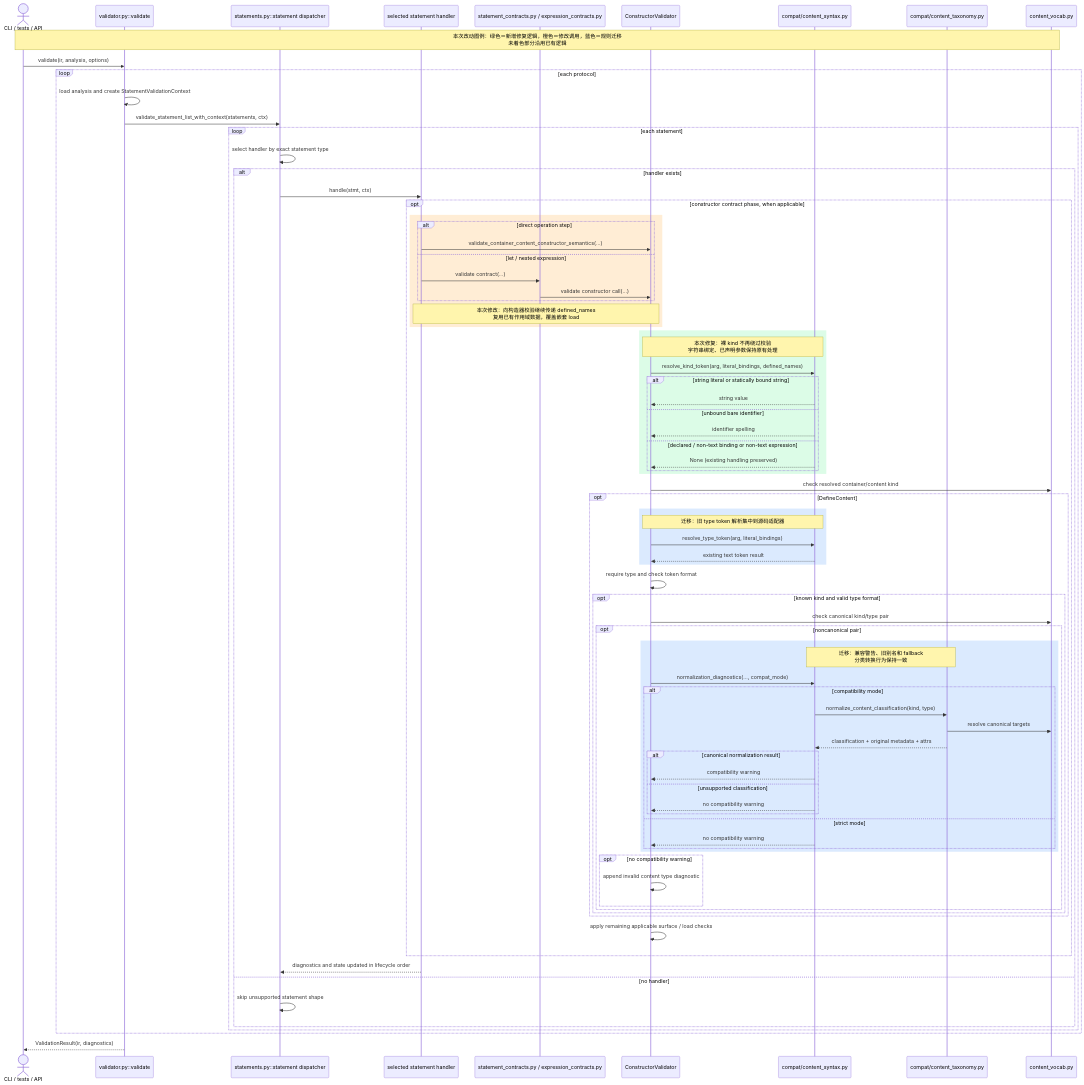
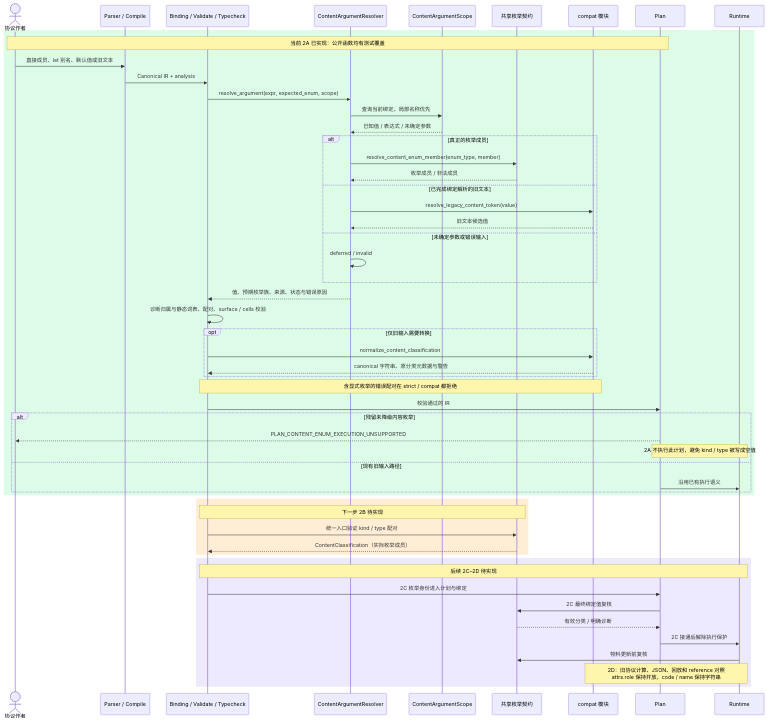
Before and after one commit to culsma/culsma: the second of 3 diagrams in docs/architecture/pipeline/validate_module_diagrams.md, drawn with Mermaid. The commit also changed other lines of this file and 19 other files, not shown here.

Commit message:
feat: resolve explicit content enums in frontend validation

````diff
--- a/docs/architecture/pipeline/validate_module_diagrams.md
+++ b/docs/architecture/pipeline/validate_module_diagrams.md
@@ -53,86 +49,59 @@
 ```mermaid
 sequenceDiagram
-actor Caller as CLI / tests / API
-participant V as validator.py::validate
-participant S as statements.py::statement dispatcher
-participant H as selected statement handler
-participant Contracts as statement_contracts.py / expression_contracts.py
-participant C as ConstructorValidator
-participant Syntax as compat/content_syntax.py
-participant Taxonomy as compat/content_taxonomy.py
-participant Vocab as content_vocab.py
+    actor Author as 协议作者
+    participant Frontend as Parser / Compile
+    participant Check as Binding / Validate / Typecheck
+    participant Resolver as ContentArgumentResolver
+    participant Scope as ContentArgumentScope
+    participant Shared as 共享枚举契约
+    participant Legacy as compat 模块
+    participant Plan as Plan
+    participant Runtime as Runtime
 
-Note over Caller, Vocab: 本次改动图例：绿色＝新增修复逻辑，橙色＝修改调用，蓝色＝规则迁移<br/>未着色部分沿用已有逻辑
-
-Caller ->> V : validate(ir, analysis, options)
-loop each protocol
-    V ->> V : load analysis and create StatementValidationContext
-    V ->> S : validate_statement_list_with_context(statements, ctx)
-    loop each statement
-        S ->> S : select handler by exact statement type
-        alt handler exists
-            S ->> H : handle(stmt, ctx)
-            opt constructor contract phase, when applicable
-                rect rgb(255, 237, 213)
-                alt direct operation step
-                    H ->> C : validate_container_content_constructor_semantics(...)
-                else let / nested expression
-                    H ->> Contracts : validate contract(...)
-                    Contracts ->> C : validate constructor call(...)
-                end
-                Note over H, C: 本次修改：向构造器校验继续传递 defined_names<br/>复用已有作用域数据，覆盖嵌套 load
-                end
-                rect rgb(220, 252, 231)
-                Note over C, Syntax: 本次修复：裸 kind 不再绕过校验<br/>字符串绑定、已声明参数保持原有处理
-                C ->> Syntax : resolve_kind_token(arg, literal_bindings, defined_names)
-                alt string literal or statically bound string
-                    Syntax -->> C : string value
-                else unbound bare identifier
-                    Syntax -->> C : identifier spelling
-                else declared / non-text binding or non-text expression
-                    Syntax -->> C : None (existing handling preserved)
-                end
-                end
-                C ->> Vocab : check resolved container/content kind
-                opt DefineContent
-                    rect rgb(219, 234, 254)
-                    Note over C, Syntax: 迁移：旧 type token 解析集中到源码适配器
-                    C ->> Syntax : resolve_type_token(arg, literal_bindings)
-                    Syntax -->> C : existing text token result
-                    end
-                    C ->> C : require type and check token format
-                    opt known kind and valid type format
-                        C ->> Vocab : check canonical kind/type pair
-                        opt noncanonical pair
-                            rect rgb(219, 234, 254)
-                            Note over Syntax, Taxonomy: 迁移：兼容警告、旧别名和 fallback<br/>分类转换行为保持一致
-                            C ->> Syntax : normalization_diagnostics(..., compat_mode)
-                            alt compatibility mode
-                                Syntax ->> Taxonomy : normalize_content_classification(kind, type)
-                                Taxonomy ->> Vocab : resolve canonical targets
-                                Taxonomy -->> Syntax : classification + original metadata + attrs
-                                alt canonical normalization result
-                                    Syntax -->> C : compatibility warning
-                                else unsupported classification
-                                    Syntax -->> C : no compatibility warning
-                                end
-                            else strict mode
-                                Syntax -->> C : no compatibility warning
-                            end
-                            end
-                            opt no compatibility warning
-                                C ->> C : append invalid content type diagnostic
-                            end
-                        end
-                    end
-                end
-                C ->> C : apply remaining applicable surface / load checks
-            end
-            H -->> S : diagnostics and state updated in lifecycle order
-        else no handler
-            S ->> S : skip unsupported statement shape
+    rect rgb(220, 252, 231)
+        Note over Author, Plan: 当前 2A 已实现：公开函数均有测试覆盖
+        Author->>Frontend: 直接成员、let 别名、默认值或旧文本
+        Frontend->>Check: Canonical IR + analysis
+        Check->>Resolver: resolve_argument(expr, expected_enum, scope)
+        Resolver->>Scope: 查询当前绑定，局部名称优先
+        Scope-->>Resolver: 已知值 / 表达式 / 未确定参数
+        alt 真正的枚举成员
+            Resolver->>Shared: resolve_content_enum_member(enum_type, member)
+            Shared-->>Resolver: 枚举成员 / 非法成员
+        else 已完成绑定解析的旧文本
+            Resolver->>Legacy: resolve_legacy_content_token(value)
+            Legacy-->>Resolver: 旧文本候选值
+        else 未确定参数或错误输入
+            Resolver->>Resolver: deferred / invalid
+        end
+        Resolver-->>Check: 值、预期枚举族、来源、状态与错误原因
+        Check->>Check: 诊断归属与静态词表、配对、surface / cells 校验
+        opt 仅旧输入需要转换
+            Check->>Legacy: normalize_content_classification
+            Legacy-->>Check: canonical 字符串、原分类元数据与警告
+        end
+        Note over Check, Legacy: 含显式枚举的错误配对在 strict / compat 都拒绝
+        Check->>Plan: 校验通过的 IR
+        alt 残留未降级内容枚举
+            Plan-->>Author: PLAN_CONTENT_ENUM_EXECUTION_UNSUPPORTED
+            Note over Plan, Runtime: 2A 不执行此计划，避免 kind / type 被写成空值
+        else 现有旧输入路径
+            Plan->>Runtime: 沿用已有执行语义
         end
     end
-end
-V -->> Caller : ValidationResult(ir, diagnostics)
+
+    rect rgb(255, 237, 213)
+        Note over Check, Shared: 下一步 2B 待实现
+        Check->>Shared: 统一入口验证 kind / type 配对
+        Shared-->>Check: ContentClassification（实际枚举成员）
+    end
+    rect rgb(237, 233, 254)
+        Note over Check, Runtime: 后续 2C–2D 待实现
+        Check->>Plan: 2C 枚举身份进入计划与绑定
+        Plan->>Shared: 2C 最终绑定值复核
+        Shared-->>Plan: 有效分类 / 明确诊断
+        Plan->>Runtime: 2C 接通后解除执行保护
+        Runtime->>Shared: 物料更新前复核
+        Note over Legacy, Runtime: 2D：旧协议计算、JSON、回放和 reference 对照<br/>attrs.role 保持开放，code / name 保持字符串
+    end
 ```
````
